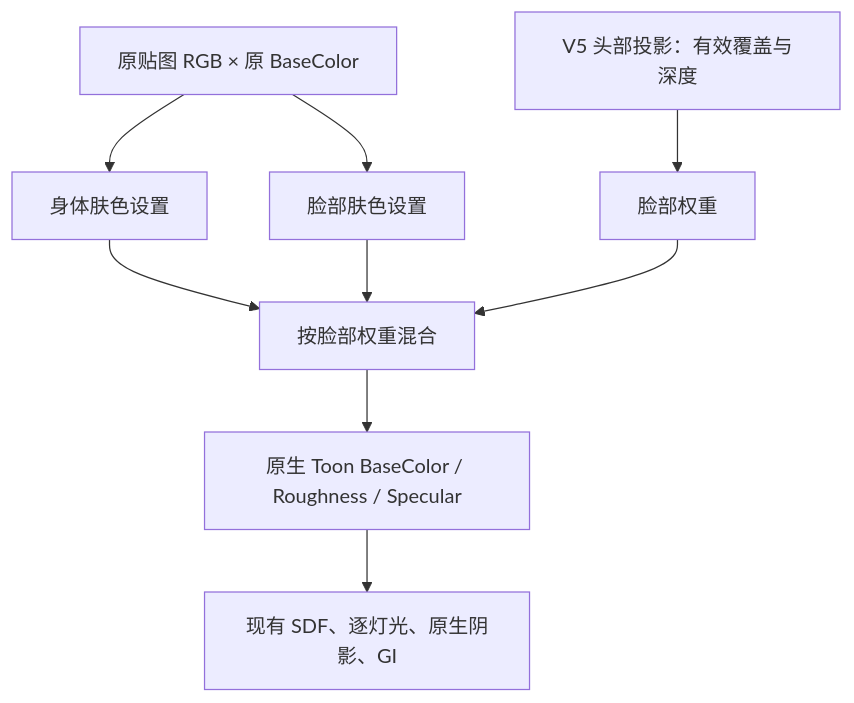
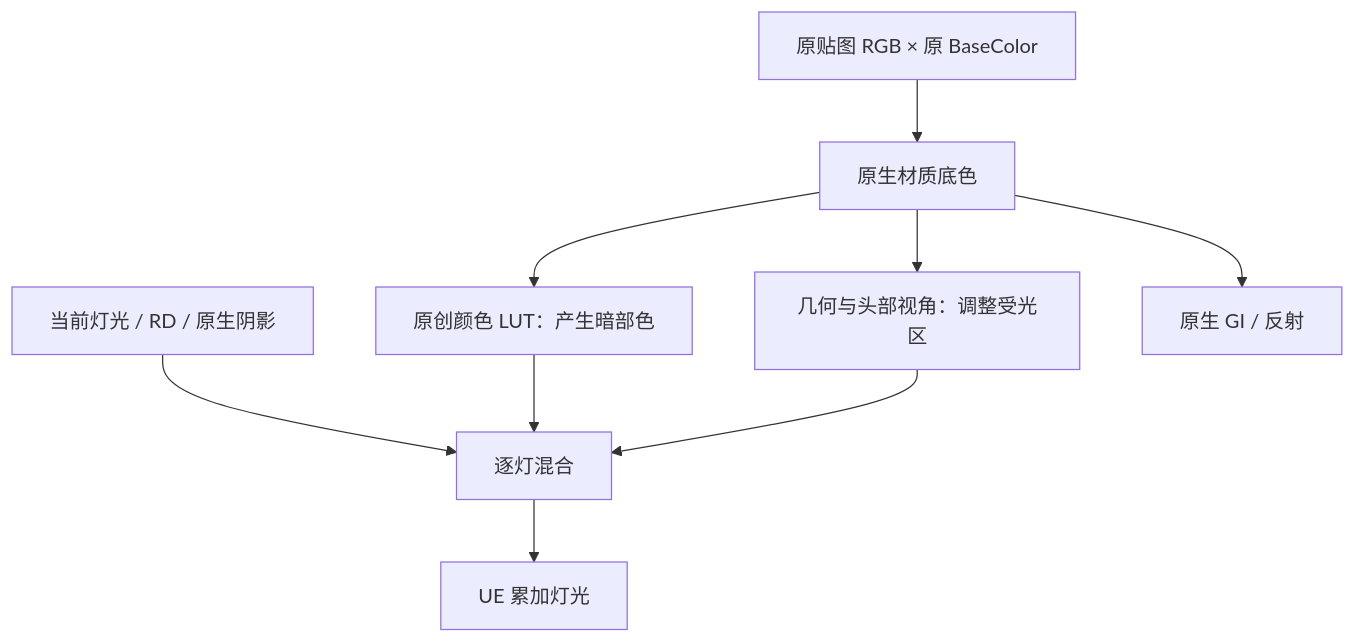
One commit to treasureGrove/MMDUETools changed the diagram in MMD/Plugins/Ue5MMDTools/Docs/ENDFIELD_SKIN_MATERIAL_GUIDE.md. Above: the diagram before and after it, drawn with Mermaid. The commit also changed other lines of this file and 31 other files, not shown here.

````diff
--- a/MMD/Plugins/Ue5MMDTools/Docs/ENDFIELD_SKIN_MATERIAL_GUIDE.md
+++ b/MMD/Plugins/Ue5MMDTools/Docs/ENDFIELD_SKIN_MATERIAL_GUIDE.md
@@ -37,11 +22,11 @@
 ```mermaid
 flowchart TD
-    A[原贴图 RGB × 原 BaseColor] --> B[身体肤色设置]
-    A --> C[脸部肤色设置]
-    D[V5 头部投影：有效覆盖与深度] --> E[脸部权重]
-    B --> F[按脸部权重混合]
+    A[原贴图 RGB × 原 BaseColor] --> B[原生材质底色]
+    B --> C[原创颜色 LUT：产生暗部色]
+    B --> D[几何与头部视角：调整受光区]
+    E[当前灯光 / RD / 原生阴影] --> F[逐灯混合]
     C --> F
-    E --> F
-    F --> G[原生 Toon BaseColor / Roughness / Specular]
-    G --> H[现有 SDF、逐灯光、原生阴影、GI]
+    D --> F
+    F --> G[UE 累加灯光]
+    B --> H[原生 GI / 反射]
 ```
````
